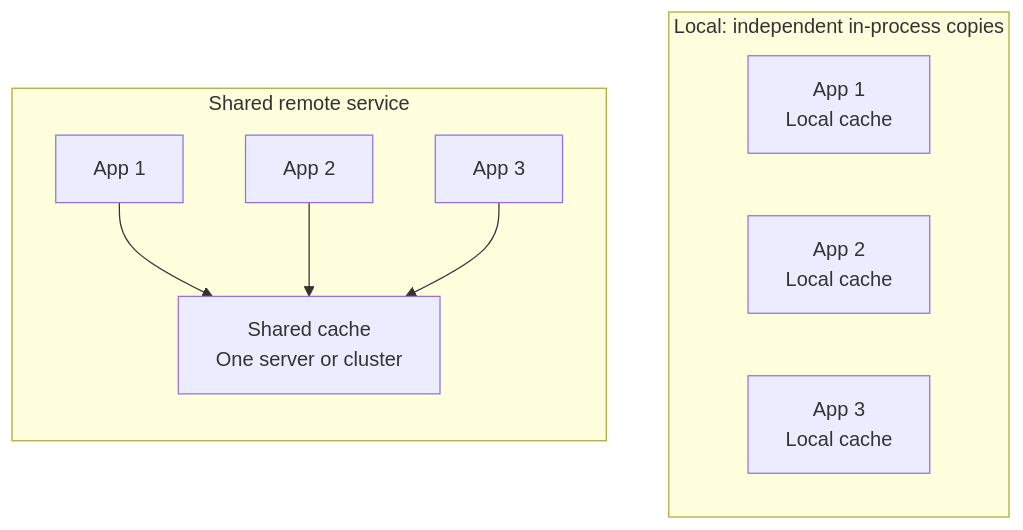
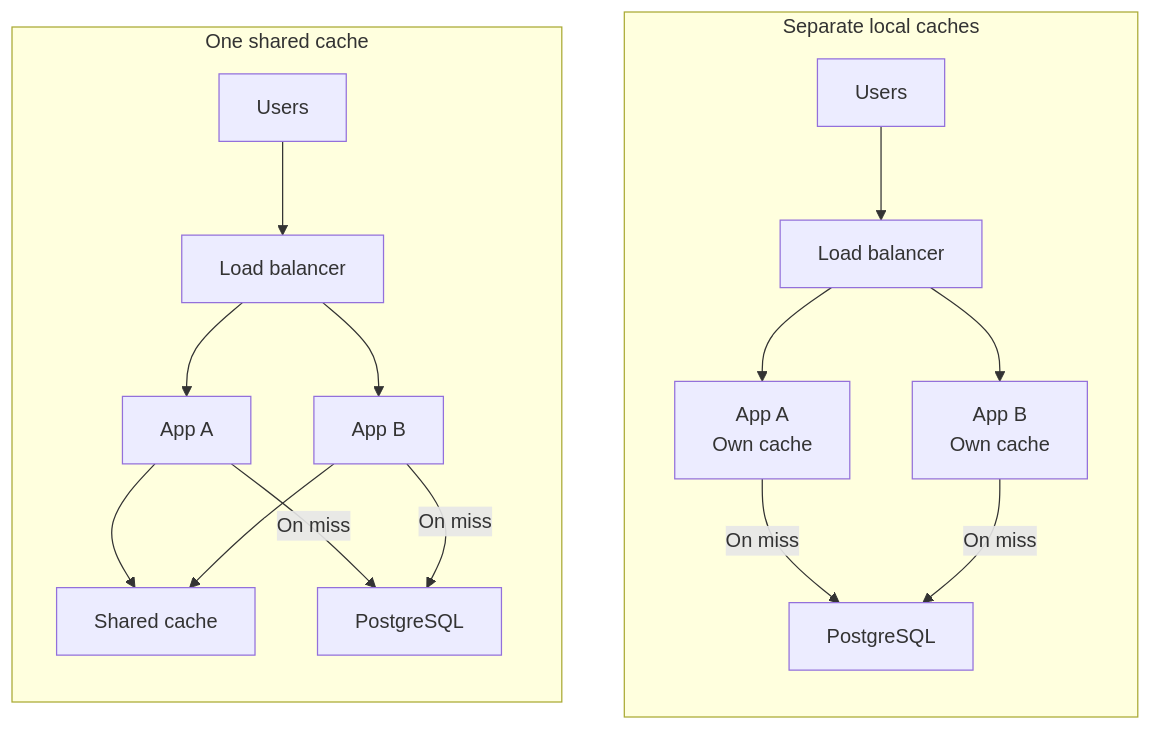
One commit to GasimV/Self-Study-Tech-Projects changed the fifth of 6 diagrams in System-Design/Distributed-Cache.md. Above: the diagram before and after it, drawn with Mermaid. The commit also changed other lines of this file, not shown here.

Commit message:
docs: Add section on "Two Requests, Two App Servers" and enhance challenges overview in Distributed-Cache.md

````diff
--- a/System-Design/Distributed-Cache.md
+++ b/System-Design/Distributed-Cache.md
@@ -559,15 +566,21 @@
 ```mermaid
 flowchart TB
-    subgraph LOCAL["Local: independent in-process copies"]
-        direction LR
-        L1["App 1<br/>Local cache"]
-        L2["App 2<br/>Local cache"]
-        L3["App 3<br/>Local cache"]
+    subgraph LOCAL["Separate local caches"]
+        direction TB
+        LU["Users"] --> LL["Load balancer"]
+        LL --> LA["App A<br/>Own cache"]
+        LL --> LB["App B<br/>Own cache"]
+        LA -->|On miss| LD["PostgreSQL"]
+        LB -->|On miss| LD
     end
-    subgraph SHARED["Shared remote service"]
+    subgraph SHARED["One shared cache"]
         direction TB
-        A1["App 1"] --> K["Shared cache<br/>One server or cluster"]
-        A2["App 2"] --> K
-        A3["App 3"] --> K
+        SU["Users"] --> SL["Load balancer"]
+        SL --> SA["App A"]
+        SL --> SB["App B"]
+        SA --> SK["Shared cache"]
+        SB --> SK
+        SA -->|On miss| SD["PostgreSQL"]
+        SB -->|On miss| SD
     end
 ```
````
